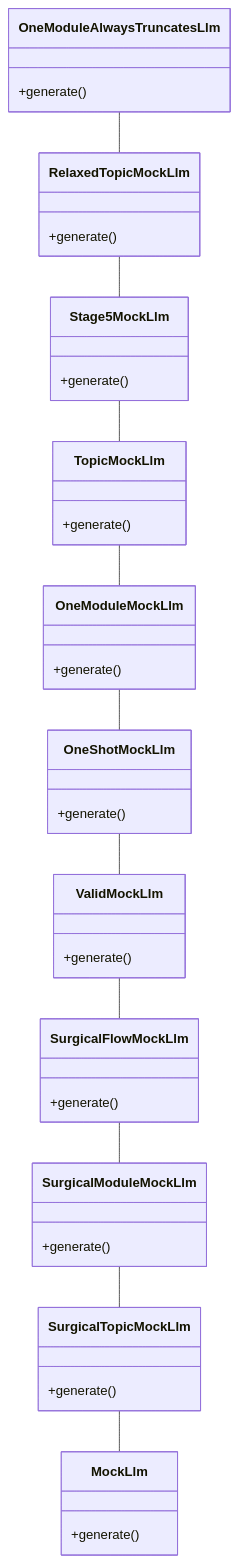
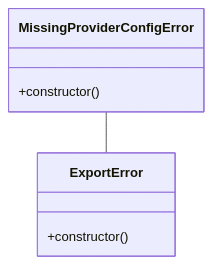
The diagram in livewiki/diagrams/core-src-03.classes.mmd (eduardoabreu81/livewiki), drawn with Mermaid before and after one commit. The commit also changed 56 other files, not shown here.

```diff
--- a/livewiki/diagrams/core-src-03.classes.mmd
+++ b/livewiki/diagrams/core-src-03.classes.mmd
@@ -1,46 +1,10 @@
 %%{init: {"themeCSS": ".relation { stroke: transparent !important; }"}}%%
 classDiagram
   direction TB
-  class class_1["OneModuleAlwaysTruncatesLlm"] {
-    +generate()
+  class class_1["MissingProviderConfigError"] {
+    +constructor()
   }
-  class class_2["RelaxedTopicMockLlm"] {
-    +generate()
-  }
-  class class_3["Stage5MockLlm"] {
-    +generate()
-  }
-  class class_4["TopicMockLlm"] {
-    +generate()
-  }
-  class class_5["OneModuleMockLlm"] {
-    +generate()
-  }
-  class class_6["OneShotMockLlm"] {
-    +generate()
-  }
-  class class_7["ValidMockLlm"] {
-    +generate()
-  }
-  class class_8["SurgicalFlowMockLlm"] {
-    +generate()
-  }
-  class class_9["SurgicalModuleMockLlm"] {
-    +generate()
-  }
-  class class_10["SurgicalTopicMockLlm"] {
-    +generate()
-  }
-  class class_11["MockLlm"] {
-    +generate()
+  class class_2["ExportError"] {
+    +constructor()
   }
   class_1 -- class_2
-  class_2 -- class_3
-  class_3 -- class_4
-  class_4 -- class_5
-  class_5 -- class_6
-  class_6 -- class_7
-  class_7 -- class_8
-  class_8 -- class_9
-  class_9 -- class_10
-  class_10 -- class_11
```
